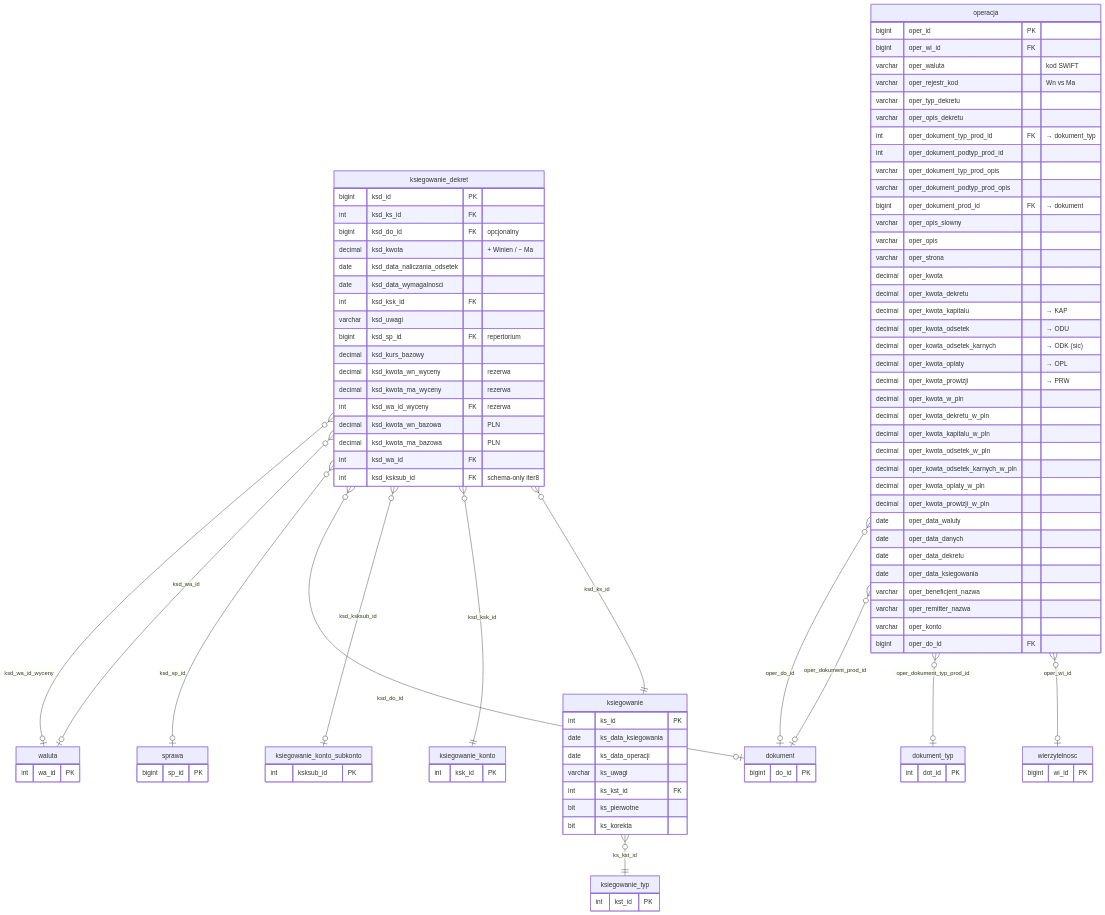
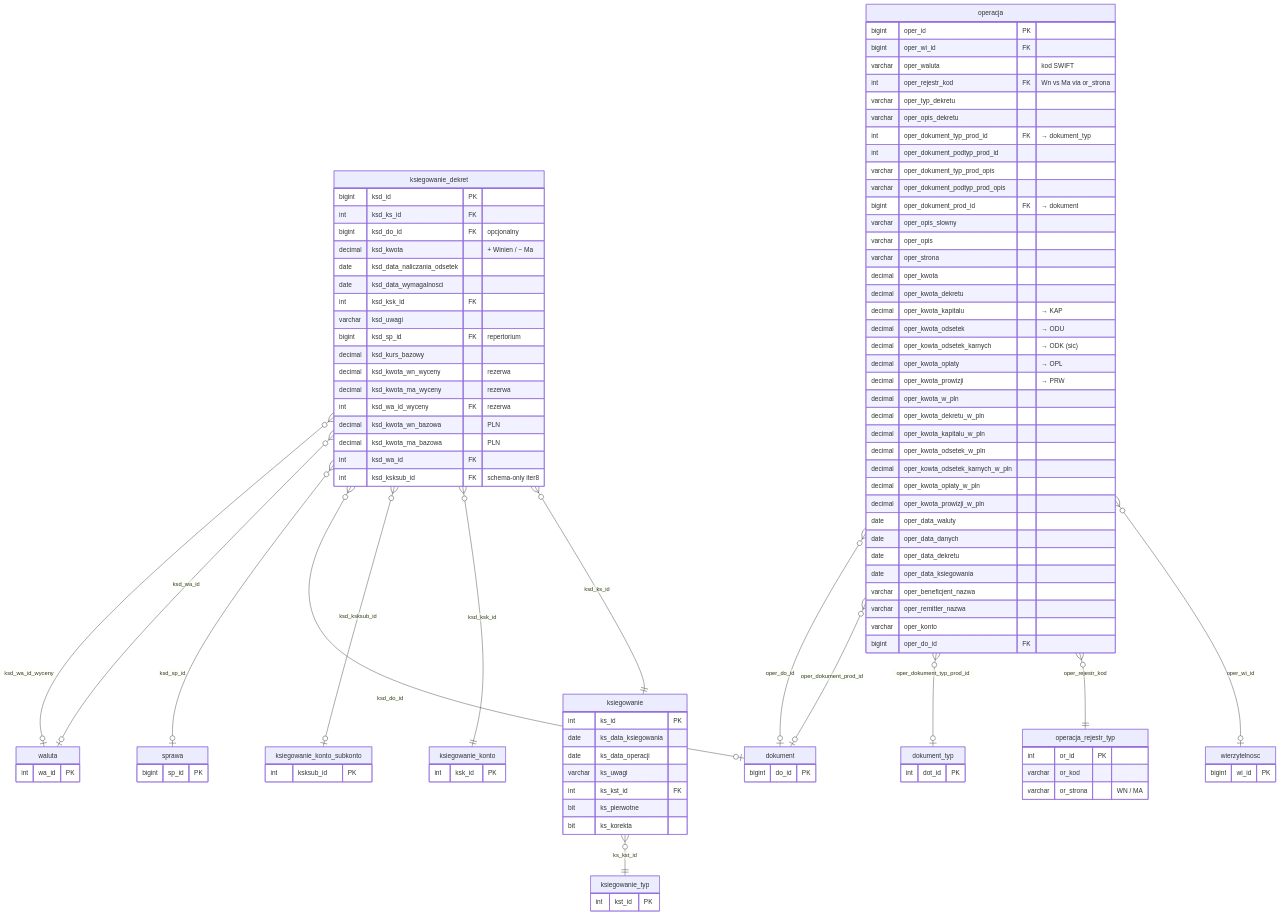
One commit to oskar-bialek-bakk/intrum-migration-docs changed the diagram in docs/struktura-stagingu/finanse.md. Above: the diagram before and after it, drawn with Mermaid. The commit also changed other lines of this file and 9 other files, not shown here.

```diff
--- a/docs/struktura-stagingu/finanse.md
+++ b/docs/struktura-stagingu/finanse.md
@@ -51,6 +51,12 @@
 
     dokument_typ {
         int     dot_id    PK
+    }
+
+    operacja_rejestr_typ {
+        int     or_id     PK
+        varchar or_kod
+        varchar or_strona  "WN / MA"
     }
 
     ksiegowanie {
@@ -87,7 +93,7 @@
         bigint   oper_id                          PK
         bigint   oper_wi_id                       FK
         varchar  oper_waluta                           "kod SWIFT"
-        varchar  oper_rejestr_kod                      "Wn vs Ma"
+        int      oper_rejestr_kod                 FK   "Wn vs Ma via or_strona"
         varchar  oper_typ_dekretu
         varchar  oper_opis_dekretu
         int      oper_dokument_typ_prod_id        FK   "→ dokument_typ"
@@ -131,6 +137,7 @@
     ksiegowanie_dekret  }o--o|  waluta                     : "ksd_wa_id"
     ksiegowanie_dekret  }o--o|  waluta                     : "ksd_wa_id_wyceny"
     operacja            }o--o|  wierzytelnosc              : "oper_wi_id"
+    operacja            }o--||  operacja_rejestr_typ       : "oper_rejestr_kod"
     operacja            }o--o|  dokument_typ               : "oper_dokument_typ_prod_id"
     operacja            }o--o|  dokument                   : "oper_dokument_prod_id"
     operacja            }o--o|  dokument                   : "oper_do_id"
```
